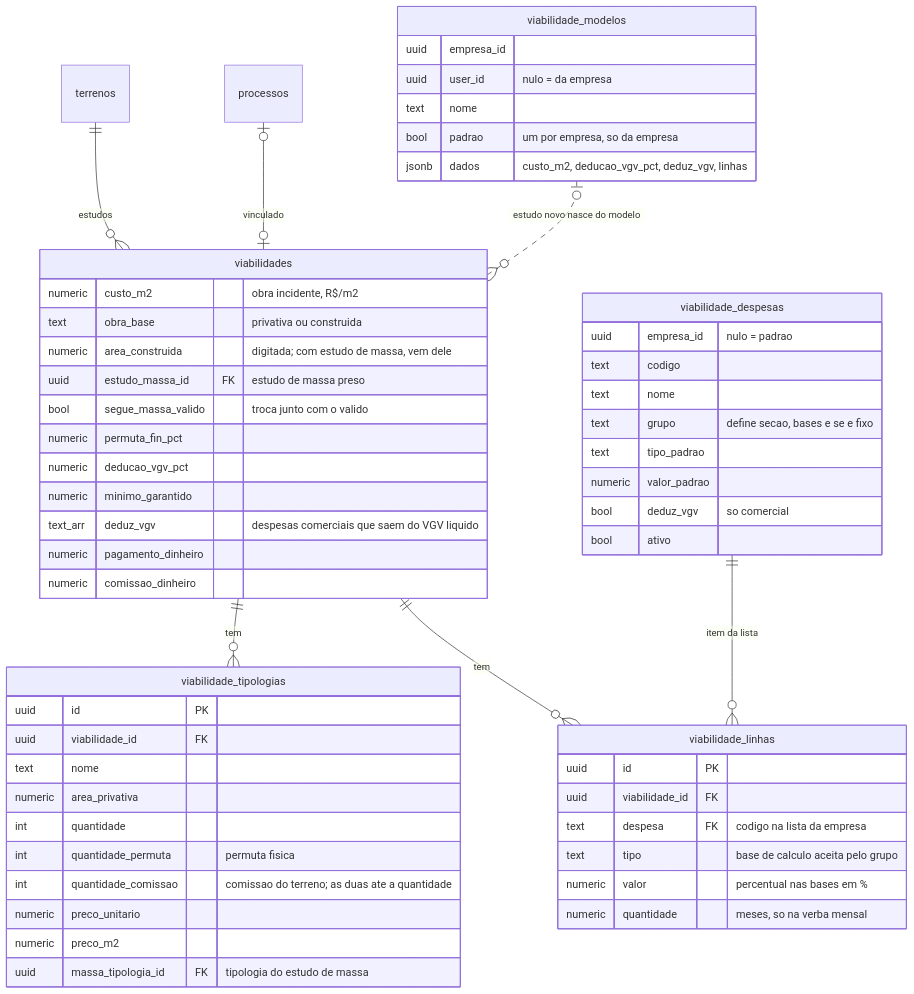
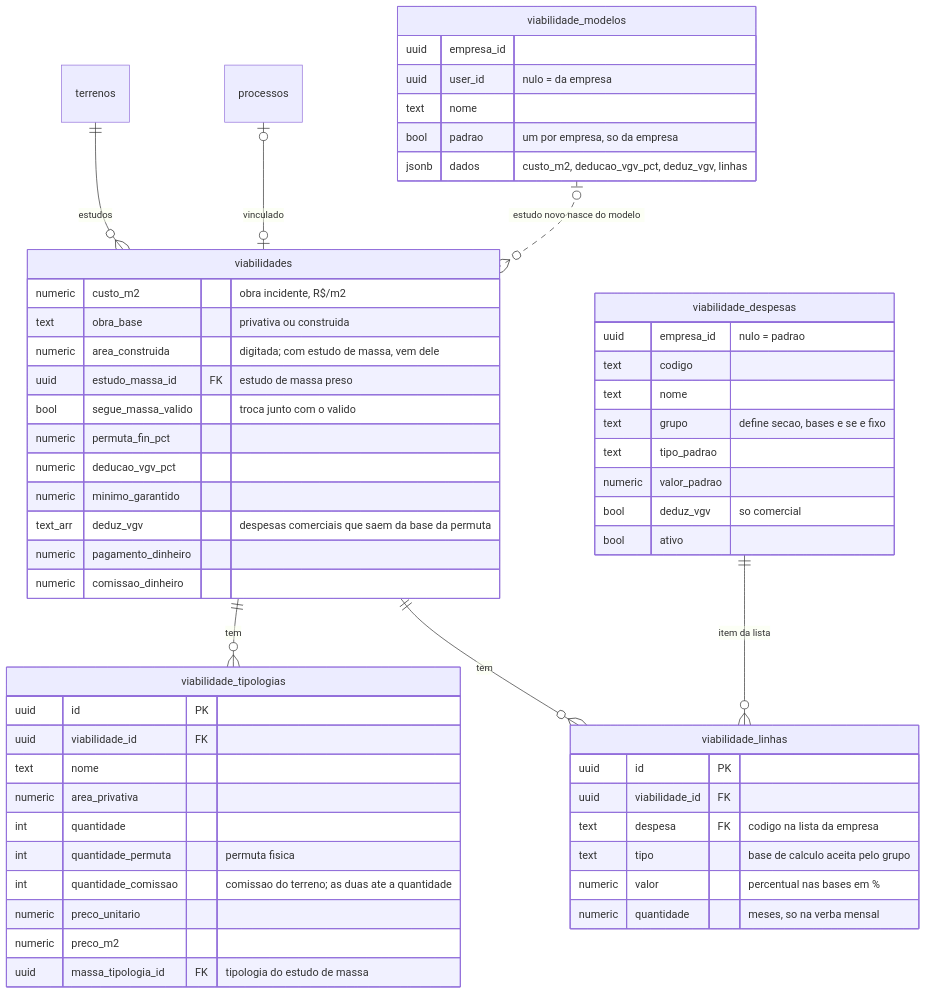
One commit to Mbekerman/bkm_terrenos-claude changed diagram 18 of 20 in docs/modelo.md. Above: the diagram before and after it, drawn with Mermaid. The commit also changed other lines of this file and 11 other files, not shown here.

First line of the commit message:
Viabilidade: VGV sem permuta e comissão volta a se chamar VGV líquido; base da permuta financeira ganha nome próprio

````diff
--- a/docs/modelo.md
+++ b/docs/modelo.md
@@ -1312,59 +1312,59 @@
 ```mermaid
 erDiagram
   terrenos ||--o{ viabilidades : "estudos"
   processos |o--o| viabilidades : "vinculado"
   viabilidades ||--o{ viabilidade_tipologias : tem
   viabilidades ||--o{ viabilidade_linhas : tem
   viabilidade_despesas ||--o{ viabilidade_linhas : "item da lista"
   viabilidade_modelos |o..o{ viabilidades : "estudo novo nasce do modelo"
   viabilidade_modelos {
     uuid empresa_id
     uuid user_id "nulo = da empresa"
     text nome
     bool padrao "um por empresa, so da empresa"
     jsonb dados "custo_m2, deducao_vgv_pct, deduz_vgv, linhas"
   }
   viabilidades {
     numeric custo_m2 "obra incidente, R$/m2"
     text obra_base "privativa ou construida"
     numeric area_construida "digitada; com estudo de massa, vem dele"
     uuid estudo_massa_id FK "estudo de massa preso"
     bool segue_massa_valido "troca junto com o valido"
     numeric permuta_fin_pct
     numeric deducao_vgv_pct
     numeric minimo_garantido
-    text_arr deduz_vgv "despesas comerciais que saem do VGV liquido"
+    text_arr deduz_vgv "despesas comerciais que saem da base da permuta"
     numeric pagamento_dinheiro
     numeric comissao_dinheiro
   }
   viabilidade_tipologias {
     uuid id PK
     uuid viabilidade_id FK
     text nome
     numeric area_privativa
     int quantidade
     int quantidade_permuta "permuta fisica"
     int quantidade_comissao "comissao do terreno; as duas ate a quantidade"
     numeric preco_unitario
     numeric preco_m2
     uuid massa_tipologia_id FK "tipologia do estudo de massa"
   }
   viabilidade_linhas {
     uuid id PK
     uuid viabilidade_id FK
     text despesa FK "codigo na lista da empresa"
     text tipo "base de calculo aceita pelo grupo"
     numeric valor "percentual nas bases em %"
     numeric quantidade "meses, so na verba mensal"
   }
   viabilidade_despesas {
     uuid empresa_id "nulo = padrao"
     text codigo
     text nome
     text grupo "define secao, bases e se e fixo"
     text tipo_padrao
     numeric valor_padrao
     bool deduz_vgv "so comercial"
     bool ativo
   }
 ```
````
